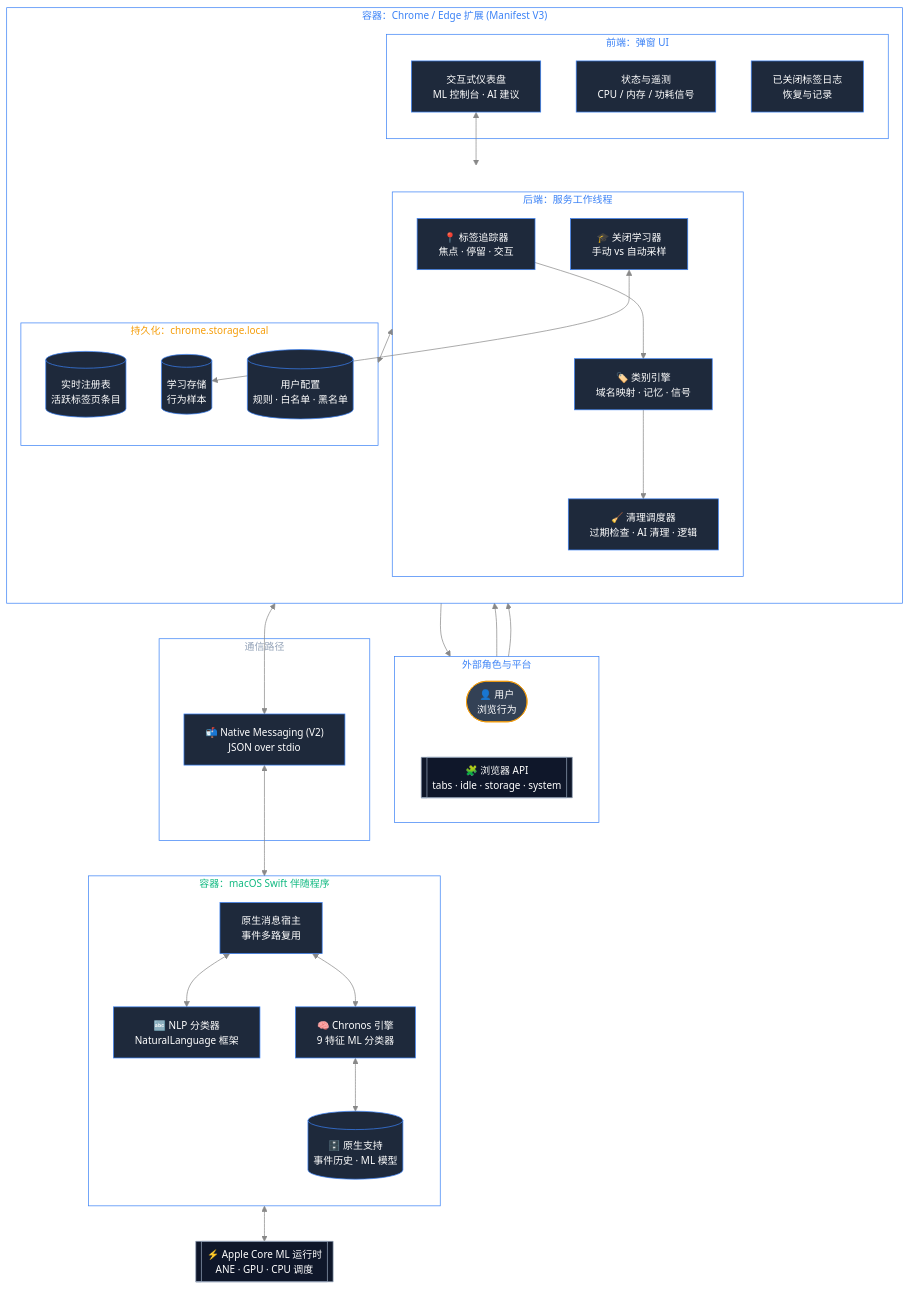
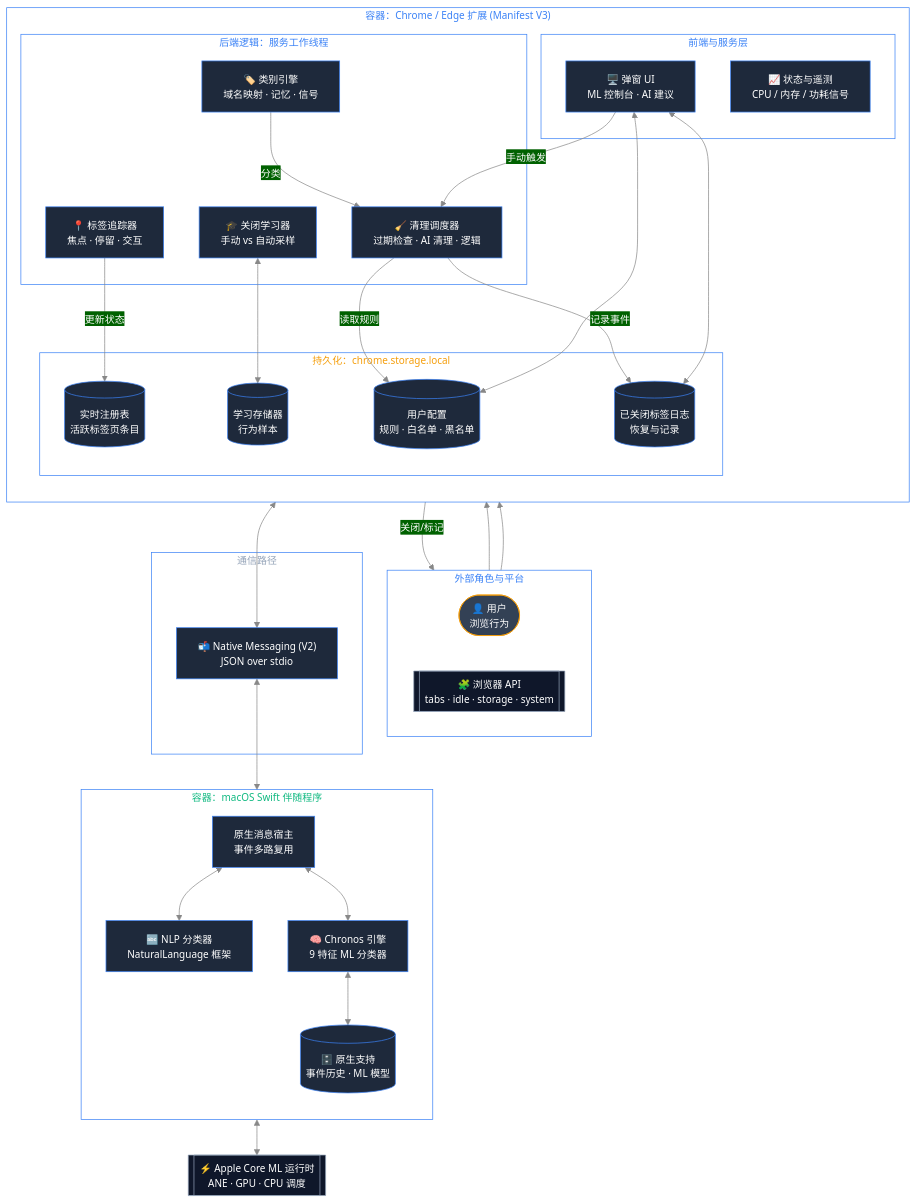
The diagram in README_CN.md (dubianche123/device-native-tab-hygiene), drawn with Mermaid before and after one commit. The commit also changed 1 other file, not shown here.

Commit message:
Clarify Persistence logic and resolve line crossings in C4 diagrams

```diff
--- a/README_CN.md
+++ b/README_CN.md
@@ -40,13 +40,12 @@
 
   subgraph browser["<span style='color:#3b82f6'>容器：Chrome / Edge 扩展 (Manifest V3)</span>"]
     direction TB
-    subgraph popup["<span style='color:#3b82f6'>前端：弹窗 UI</span>"]
-      p_ui["交互式仪表盘<br/>ML 控制台 · AI 建议"]
-      p_telemetry["状态与遥测<br/>CPU / 内存 / 功耗信号"]
-      p_log["已关闭标签日志<br/>恢复与记录"]
+    subgraph frontend["<span style='color:#3b82f6'>前端与服务层</span>"]
+      p_ui["🖥️ 弹窗 UI<br/>ML 控制台 · AI 建议"]
+      p_telemetry["📈 状态与遥测<br/>CPU / 内存 / 功耗信号"]
     end
 
-    subgraph background["<span style='color:#3b82f6'>后端：服务工作线程</span>"]
+    subgraph background["<span style='color:#3b82f6'>后端逻辑：服务工作线程</span>"]
       b_tracker["📍 标签追踪器<br/>焦点 · 停留 · 交互"]
       b_learner["🎓 关闭学习器<br/>手动 vs 自动采样"]
       b_engine["🏷️ 类别引擎<br/>域名映射 · 记忆 · 信号"]
@@ -55,8 +54,9 @@
 
     subgraph storage["<span style='color:#f59e0b'>持久化：chrome.storage.local</span>"]
       s_registry[("实时注册表<br/>活跃标签页条目")]
-      s_samples[("学习存储<br/>行为样本")]
+      s_samples[("学习存储器<br/>行为样本")]
       s_settings[("用户配置<br/>规则 · 白名单 · 黑名单")]
+      s_log[("已关闭标签日志<br/>恢复与记录")]
     end
   end
 
@@ -74,18 +74,29 @@
 
   coreml[["⚡ Apple Core ML 运行时<br/>ANE · GPU · CPU 调度"]]
 
-  %% 浏览器内部流
+  %% 逻辑流 - 减少交叉
   user --> p_ui
   chrome --> b_tracker
-  p_ui <--> background
-  background <--> storage
-  b_tracker --> b_engine
-  b_engine --> b_orchestrator
+  
+  %% 追踪器 -> 注册表
+  b_tracker -- "更新状态" --> s_registry
+  
+  %% 学习器 <-> 样本
   b_learner <--> s_samples
-  b_orchestrator --> chrome
+  
+  %% 引擎与调度器流程
+  b_engine -- "分类" --> b_orchestrator
+  b_orchestrator -- "读取规则" --> s_settings
+  b_orchestrator -- "记录事件" --> s_log
+  b_orchestrator -- "关闭/标记" --> chrome
+
+  %% UI 流程
+  p_ui <--> s_settings
+  p_ui <--> s_log
+  p_ui -- "手动触发" --> b_orchestrator
 
   %% 跨容器 IPC
-  background <--> nativeBus <--> n_host
+  b_engine <--> nativeBus <--> n_host
   n_host <--> n_classifier
   n_host <--> n_chronos
   n_chronos <--> n_storage
```
